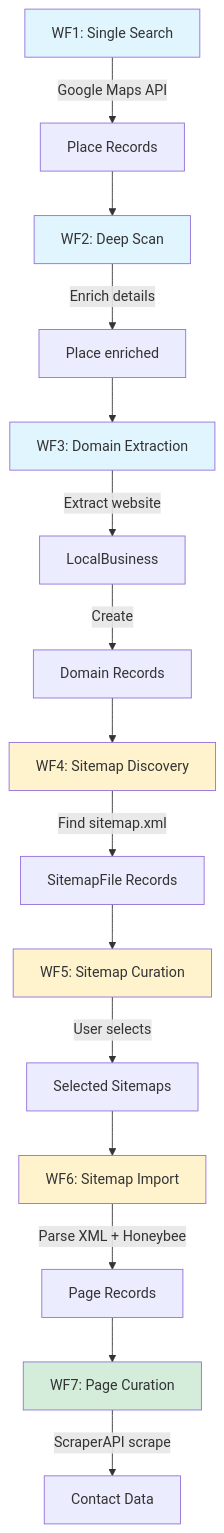
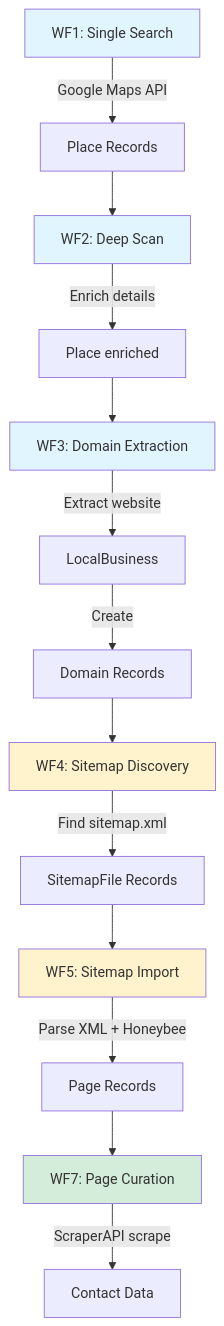
The diagram in Documentation/Context_Reconstruction/SYSTEM_MAP.md (hgroman/scrapersky-backend), drawn with Mermaid before and after one commit. The commit also changed other lines of this file and 3 other files, not shown here.

````diff
--- a/Documentation/Context_Reconstruction/SYSTEM_MAP.md
+++ b/Documentation/Context_Reconstruction/SYSTEM_MAP.md
@@ -11,25 +11,22 @@
 ```mermaid
 graph TD
     A[WF1: Single Search] -->|Google Maps API| B[Place Records]
     B --> C[WF2: Deep Scan]
     C -->|Enrich details| D[Place enriched]
     D --> E[WF3: Domain Extraction]
     E -->|Extract website| F[LocalBusiness]
     F -->|Create| G[Domain Records]
     G --> H[WF4: Sitemap Discovery]
     H -->|Find sitemap.xml| I[SitemapFile Records]
-    I --> J[WF5: Sitemap Curation]
-    J -->|User selects| K[Selected Sitemaps]
-    K --> L[WF6: Sitemap Import]
-    L -->|Parse XML + Honeybee| M[Page Records]
-    M --> N[WF7: Page Curation]
-    N -->|ScraperAPI scrape| O[Contact Data]
+    I --> J[WF5: Sitemap Import]
+    J -->|Parse XML + Honeybee| K[Page Records]
+    K --> L[WF7: Page Curation]
+    L -->|ScraperAPI scrape| M[Contact Data]
 
     style A fill:#e1f5ff
     style C fill:#e1f5ff
     style E fill:#e1f5ff
     style H fill:#fff3cd
     style J fill:#fff3cd
-    style L fill:#fff3cd
-    style N fill:#d4edda
+    style L fill:#d4edda
 ```
````
